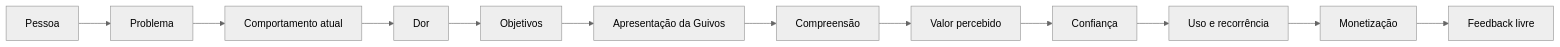
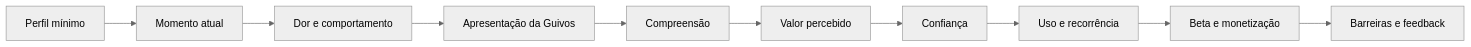
Before and after one commit to guivos-repositorio/Guivos-Knowledge-Repository: the diagram in docs/research/market-validation/VAL-001-framework-de-validacao-de-mercado.md, drawn with Mermaid (neutral theme). The commit also changed other lines of this file, not shown here.

````diff
--- a/docs/research/market-validation/VAL-001-framework-de-validacao-de-mercado.md
+++ b/docs/research/market-validation/VAL-001-framework-de-validacao-de-mercado.md
@@ -66,4 +125,4 @@
 ```mermaid
 flowchart LR
-    A["Pessoa"] --> B["Problema"] --> C["Comportamento atual"] --> D["Dor"] --> E["Objetivos"] --> F["Apresentação da Guivos"] --> G["Compreensão"] --> H["Valor percebido"] --> I["Confiança"] --> J["Uso e recorrência"] --> K["Monetização"] --> L["Feedback livre"]
+    A["Perfil mínimo"] --> B["Momento atual"] --> C["Dor e comportamento"] --> D["Apresentação da Guivos"] --> E["Compreensão"] --> F["Valor percebido"] --> G["Confiança"] --> H["Uso e recorrência"] --> I["Beta e monetização"] --> J["Barreiras e feedback"]
 ```
````
